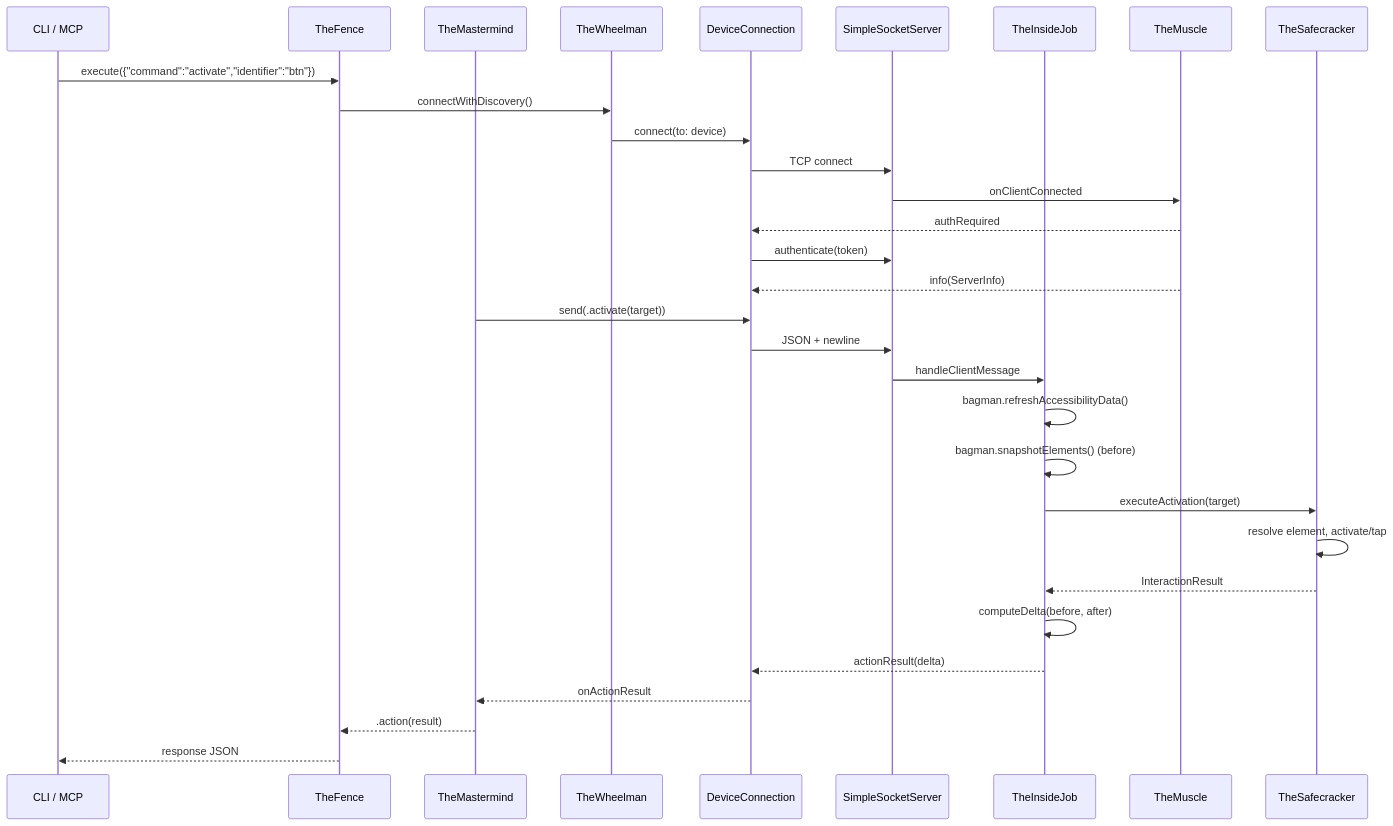
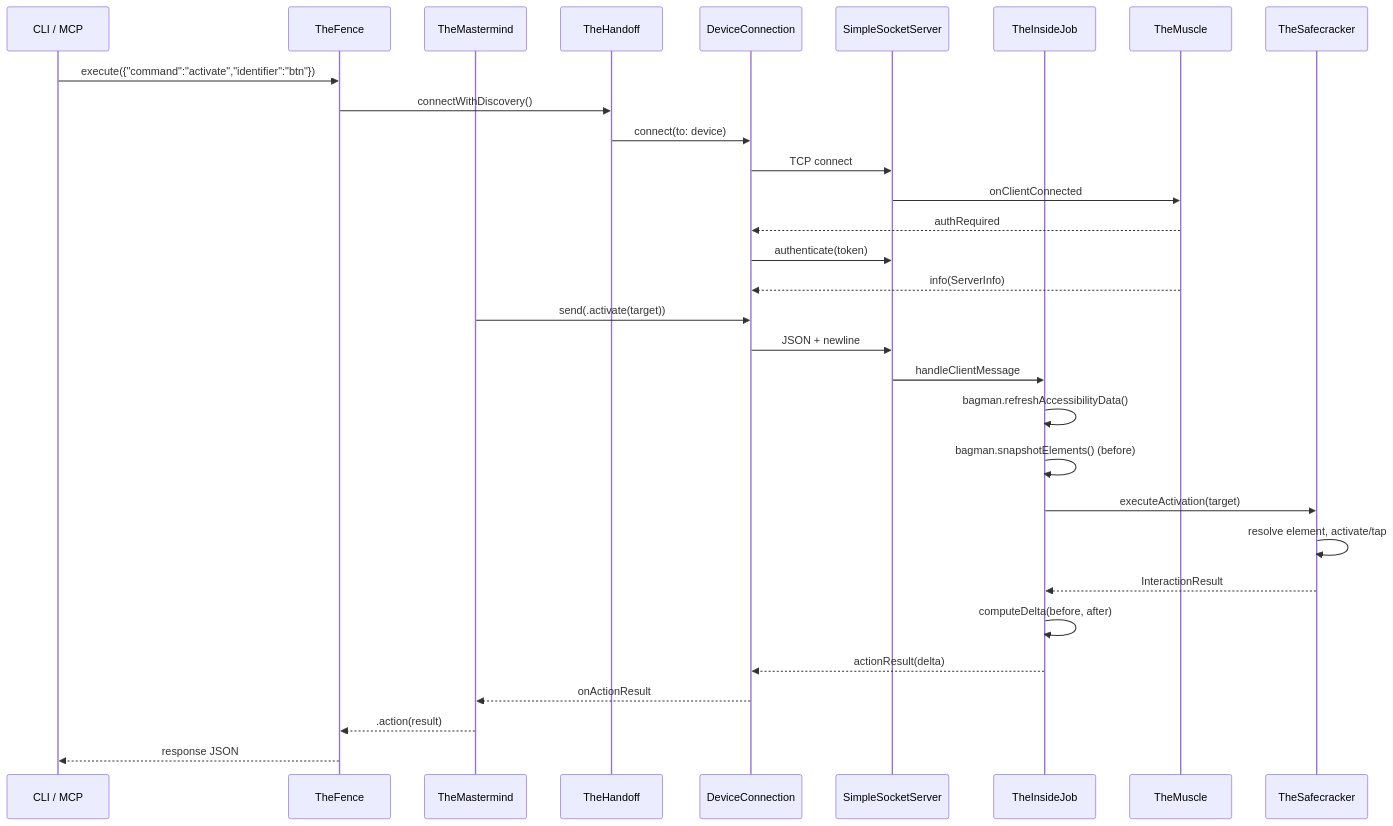
One commit to RoyalPineapple/TheButtonHeist changed the second of 2 diagrams in docs/dossiers/00-OVERVIEW.md. Above: the diagram before and after it, drawn with Mermaid. The commit also changed other lines of this file and 6 other files, not shown here.

First line of the commit message:
Update CLAUDE.md and dossiers for TheWheelman → TheGetaway/TheHandoff split

````diff
--- a/docs/dossiers/00-OVERVIEW.md
+++ b/docs/dossiers/00-OVERVIEW.md
@@ -63,34 +62,34 @@
 ```mermaid
 sequenceDiagram
     participant CLI as CLI / MCP
     participant TF as TheFence
     participant TM as TheMastermind
-    participant TW as TheWheelman
+    participant TH as TheHandoff
     participant DC as DeviceConnection
     participant SS as SimpleSocketServer
     participant IJ as TheInsideJob
     participant TM2 as TheMuscle
     participant TS as TheSafecracker
 
     CLI->>TF: execute({"command":"activate","identifier":"btn"})
-    TF->>TW: connectWithDiscovery()
-    TW->>DC: connect(to: device)
+    TF->>TH: connectWithDiscovery()
+    TH->>DC: connect(to: device)
     DC->>SS: TCP connect
     SS->>TM2: onClientConnected
     TM2-->>DC: authRequired
     DC->>SS: authenticate(token)
     TM2-->>DC: info(ServerInfo)
     TM->>DC: send(.activate(target))
     DC->>SS: JSON + newline
     SS->>IJ: handleClientMessage
     IJ->>IJ: bagman.refreshAccessibilityData()
     IJ->>IJ: bagman.snapshotElements() (before)
     IJ->>TS: executeActivation(target)
     TS->>TS: resolve element, activate/tap
     TS-->>IJ: InteractionResult
     IJ->>IJ: computeDelta(before, after)
     IJ-->>DC: actionResult(delta)
     DC-->>TM: onActionResult
     TM-->>TF: .action(result)
     TF-->>CLI: response JSON
 ```
````
